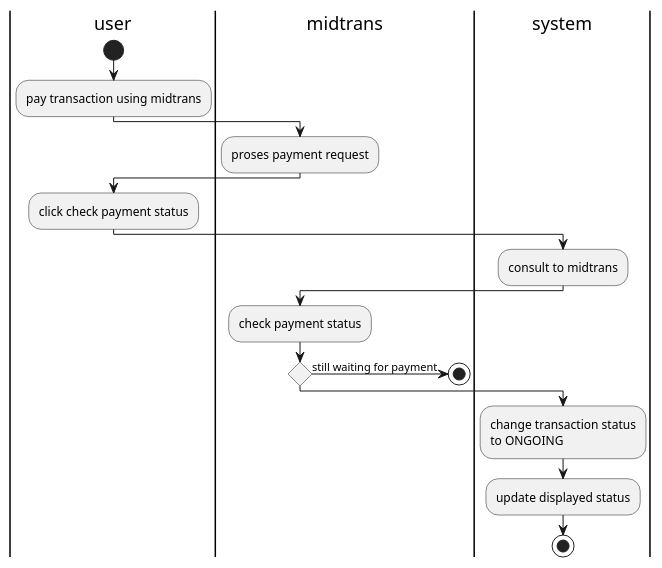
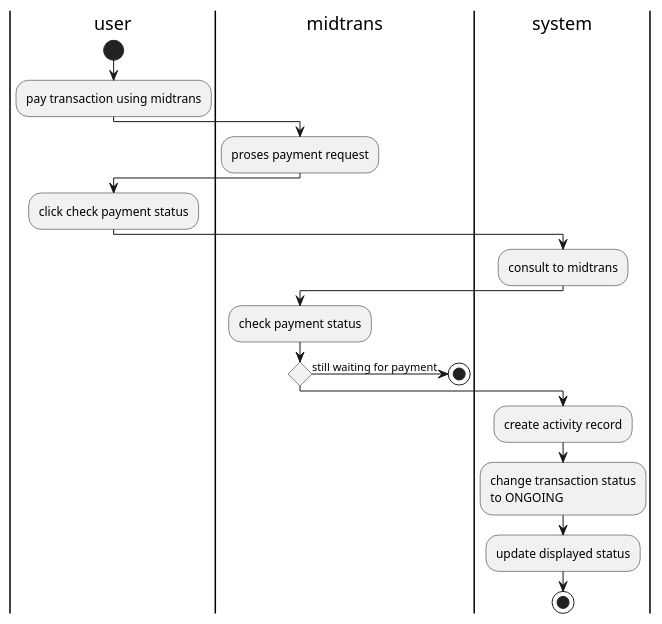
The diagram in uml/activity diagram/transaction/pay transaction.pu (aldihsuhandi/skripsi-2023), drawn with PlantUML before and after one commit. The commit also changed 13 other files, not shown here.

Commit message:
finish activity diagram

```diff
--- a/uml/activity diagram/transaction/pay transaction.pu
+++ b/uml/activity diagram/transaction/pay transaction.pu
@@ -1,23 +1,24 @@
 @startuml pay trx
 
 |user|
 start
 :pay transaction using midtrans;
 |midtrans|
 :proses payment request;
 |user|
 :click check payment status;
 |system|
 :consult to midtrans;
 |midtrans|
 :check payment status;
 if() then(still waiting for payment)
 stop
 endif
 |system|
+:create activity record;
 :change transaction status\nto ONGOING;
 :update displayed status;
 stop
 
 
 @enduml
```
